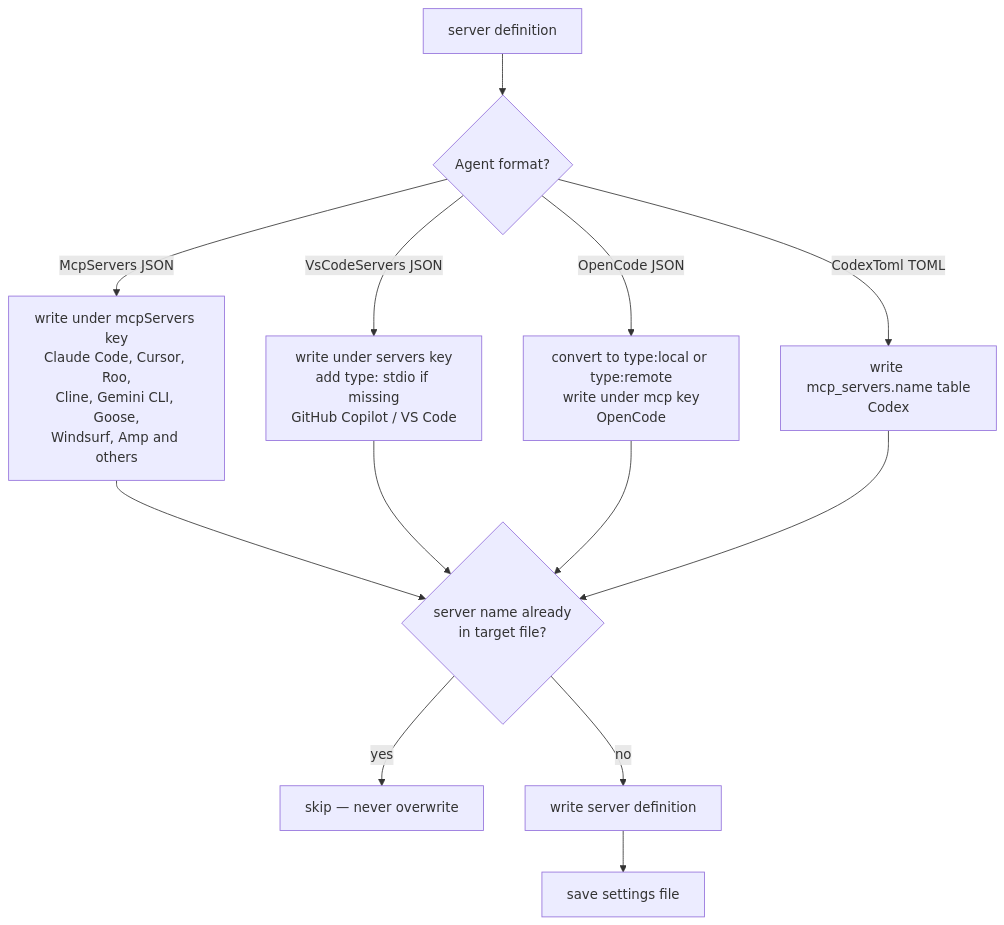
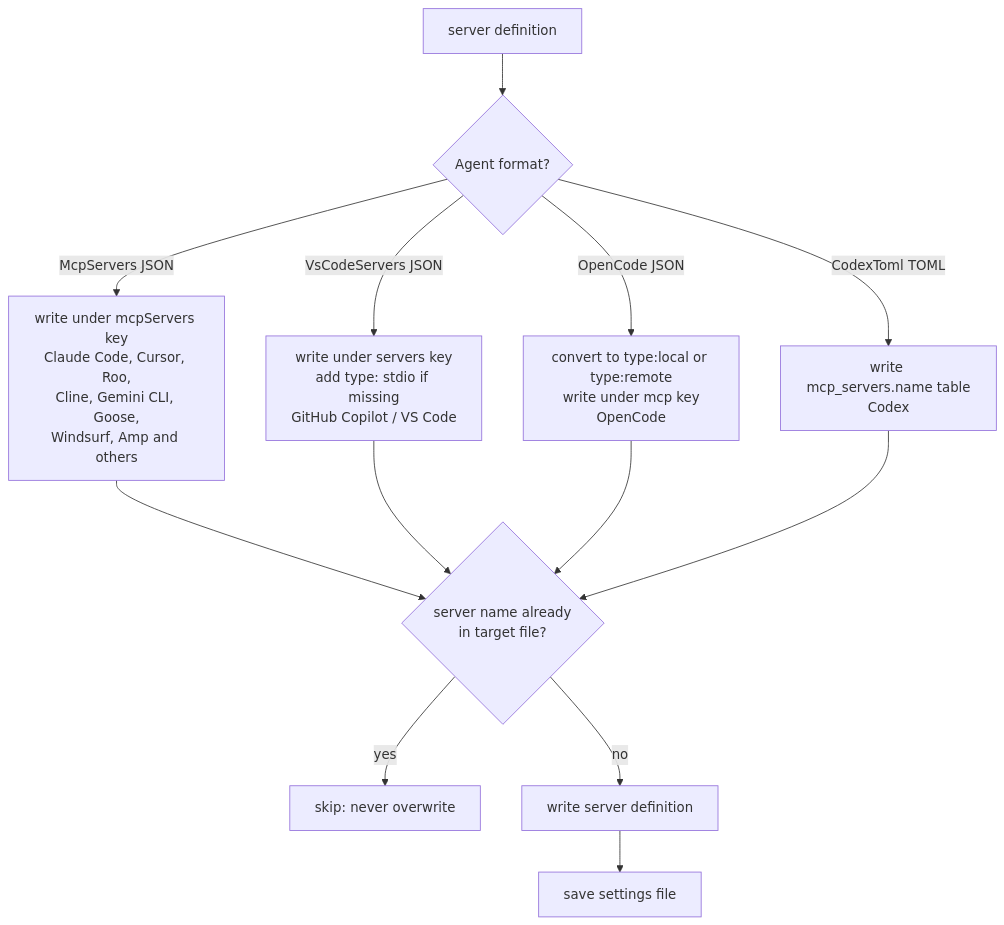
One commit to pivoshenko/kasetto changed the ninth of 10 diagrams in site/content/docs/sync-flow.mdx. Above: the diagram before and after it, drawn with Mermaid. The commit also changed other lines of this file and 23 other files, not shown here.

````diff
--- a/site/content/docs/sync-flow.mdx
+++ b/site/content/docs/sync-flow.mdx
@@ -190,17 +190,17 @@
 ```mermaid
 flowchart TD
     A[server definition] --> B{Agent format?}
 
     B -->|McpServers JSON| C[write under mcpServers key\nClaude Code, Cursor, Roo,\nCline, Gemini CLI, Goose,\nWindsurf, Amp and others]
     B -->|VsCodeServers JSON| D[write under servers key\nadd type: stdio if missing\nGitHub Copilot / VS Code]
     B -->|OpenCode JSON| E[convert to type:local or type:remote\nwrite under mcp key\nOpenCode]
     B -->|CodexToml TOML| F[write mcp_servers.name table\nCodex]
 
     C --> G{server name already\nin target file?}
     D --> G
     E --> G
     F --> G
-    G -->|yes| H[skip — never overwrite]
+    G -->|yes| H[skip: never overwrite]
     G -->|no| I[write server definition]
     I --> J[save settings file]
 ```
````
